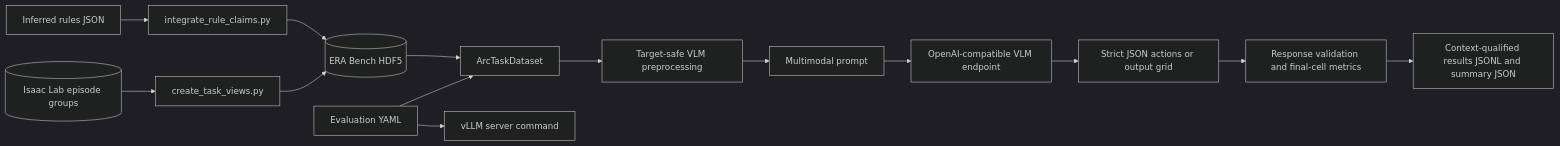
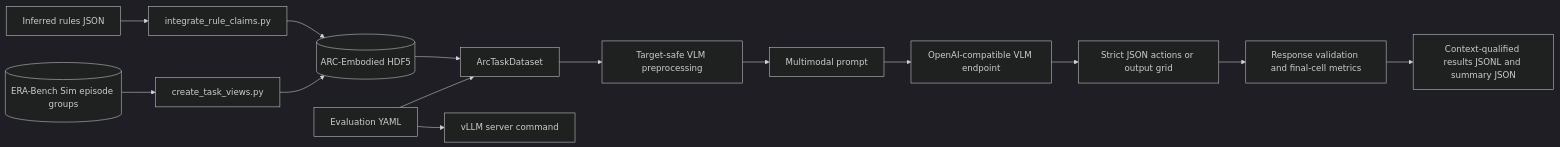
The diagram in docs/architecture.md (nardo7/era_bench_evaluation), drawn with Mermaid (dark theme) before and after one commit. The commit also changed other lines of this file and 19 other files, not shown here.

````diff
--- a/docs/architecture.md
+++ b/docs/architecture.md
@@ -9,16 +13,16 @@
 ```mermaid
 flowchart LR
-    A[(Isaac Lab episode groups)] --> B[create_task_views.py]
+    A[(ERA-Bench Sim episode groups)] --> B[create_task_views.py]
     R[Inferred rules JSON] --> C[integrate_rule_claims.py]
-    C --> H[(ERA Bench HDF5)]
+    C --> H[(ARC-Embodied HDF5)]
     B --> H
     H --> D[ArcTaskDataset]
     Y[Evaluation YAML] --> D
     Y --> S[vLLM server command]
     D --> P[Target-safe VLM preprocessing]
     P --> M[Multimodal prompt]
     M --> V[OpenAI-compatible VLM endpoint]
     V --> J[Strict JSON actions or output grid]
     J --> E[Response validation and final-cell metrics]
     E --> O[Context-qualified results JSONL and summary JSON]
 ```
````
